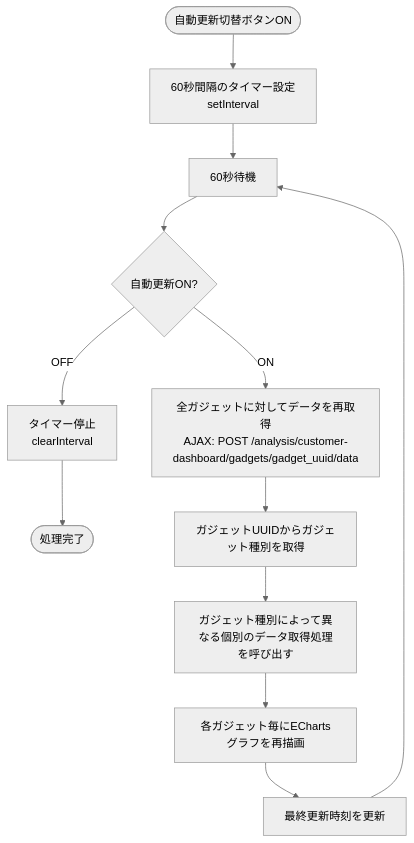
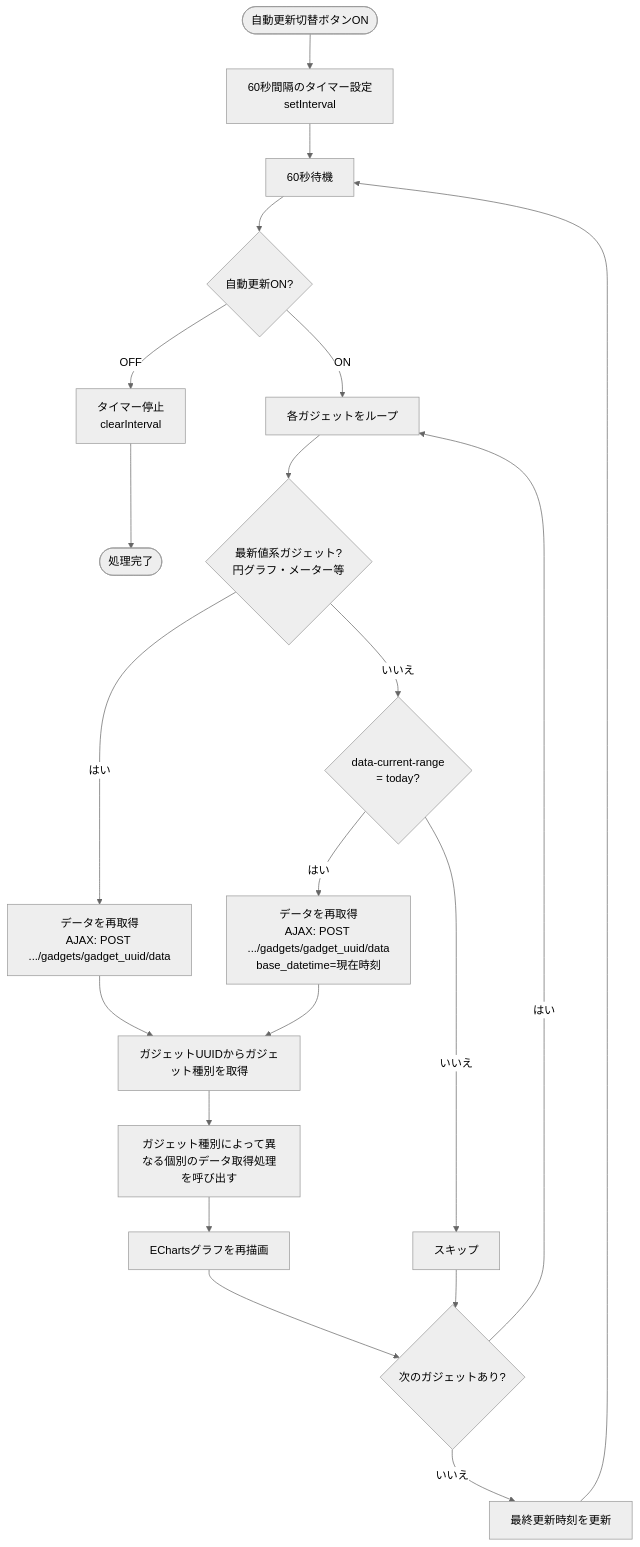
Diagram 16 of 17 in docs/03-features/flask-app/customer-dashboard/common/workflow-specification.md (NSW-SVCP-AIWG002/Databricks-IoT), drawn with Mermaid (neutral theme) before and after one commit. The commit also changed other lines of this file and 3 other files, not shown here.

````diff
--- a/docs/03-features/flask-app/customer-dashboard/common/workflow-specification.md
+++ b/docs/03-features/flask-app/customer-dashboard/common/workflow-specification.md
@@ -2251,15 +2595,27 @@
 ```mermaid
 flowchart TD
     Start([自動更新切替ボタンON]) --> SetInterval[60秒間隔のタイマー設定<br>setInterval]
     SetInterval --> Wait[60秒待機]
     Wait --> CheckEnabled{自動更新ON?}
     CheckEnabled -->|OFF| ClearInterval[タイマー停止<br>clearInterval]
     ClearInterval --> End([処理完了])
 
-    CheckEnabled -->|ON| FetchData[全ガジェットに対してデータを再取得<br>AJAX: POST /analysis/customer-dashboard/gadgets/gadget_uuid/data]
-    FetchData --> GetGadgetType[ガジェットUUIDからガジェット種別を取得]
+    CheckEnabled -->|ON| LoopGadgets[各ガジェットをループ]
+    LoopGadgets --> CheckLatest{最新値系ガジェット?<br>円グラフ・メーター等}
+    CheckLatest -->|はい| FetchLatest[データを再取得<br>AJAX: POST .../gadgets/gadget_uuid/data]
+    CheckLatest -->|いいえ| CheckRange{data-current-range<br>= today?}
+    CheckRange -->|はい| FetchToday[データを再取得<br>AJAX: POST .../gadgets/gadget_uuid/data<br>base_datetime=現在時刻]
+    CheckRange -->|いいえ| Skip[スキップ]
+
+    FetchLatest --> GetGadgetType[ガジェットUUIDからガジェット種別を取得]
+    FetchToday --> GetGadgetType
+
     GetGadgetType --> CallGetData[ガジェット種別によって異なる個別のデータ取得処理を呼び出す]
-    CallGetData --> UpdateChart[各ガジェット毎にEChartsグラフを再描画]
-    UpdateChart --> UpdateTime[最終更新時刻を更新]
+    CallGetData --> UpdateChart[EChartsグラフを再描画]
+
+    Skip --> NextGadget{次のガジェットあり?}
+    UpdateChart --> NextGadget
+    NextGadget -->|はい| LoopGadgets
+    NextGadget -->|いいえ| UpdateTime[最終更新時刻を更新]
     UpdateTime --> Wait
 ```
````
